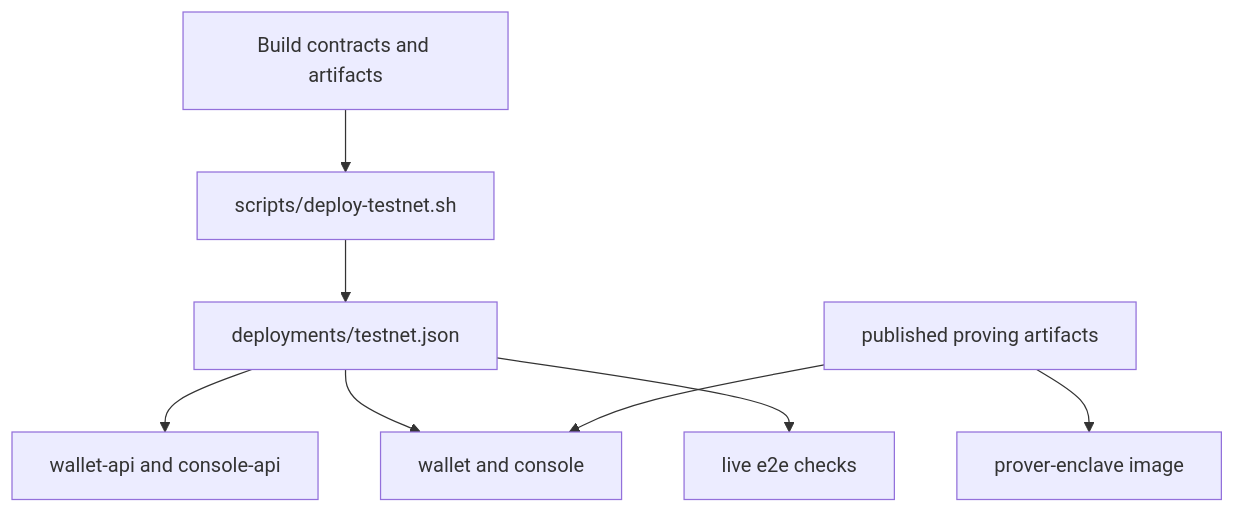
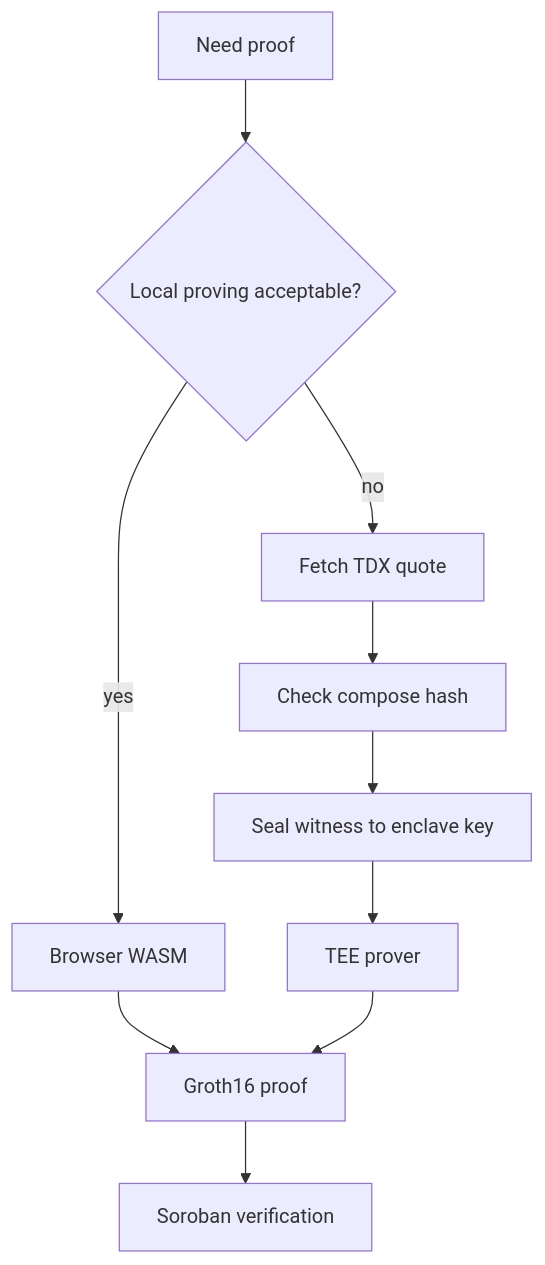
Diagram 15 of 17 in README.md (akash-mondal/benzo), drawn with Mermaid before and after one commit. The commit also changed other lines of this file, not shown here.

````diff
--- a/README.md
+++ b/README.md
@@ -602,10 +352,12 @@
 ```mermaid
-flowchart TB
-  Build["Build contracts and artifacts"] --> Deploy["scripts/deploy-testnet.sh"]
-  Deploy --> Manifest["deployments/testnet.json"]
-  Manifest --> APIs["wallet-api and console-api"]
-  Manifest --> Apps["wallet and console"]
-  Manifest --> Tests["live e2e checks"]
-  Artifacts["published proving artifacts"] --> Apps
-  Artifacts --> TEE["prover-enclave image"]
+flowchart TD
+  NeedProof["Need proof"] --> CanLocal{Local proving acceptable?}
+  CanLocal -->|yes| WASM["Browser WASM"]
+  CanLocal -->|no| Quote["Fetch TDX quote"]
+  Quote --> Pin["Check compose hash"]
+  Pin --> Seal["Seal witness to enclave key"]
+  Seal --> TEE["TEE prover"]
+  WASM --> Proof["Groth16 proof"]
+  TEE --> Proof
+  Proof --> Soroban["Soroban verification"]
 ```
````
